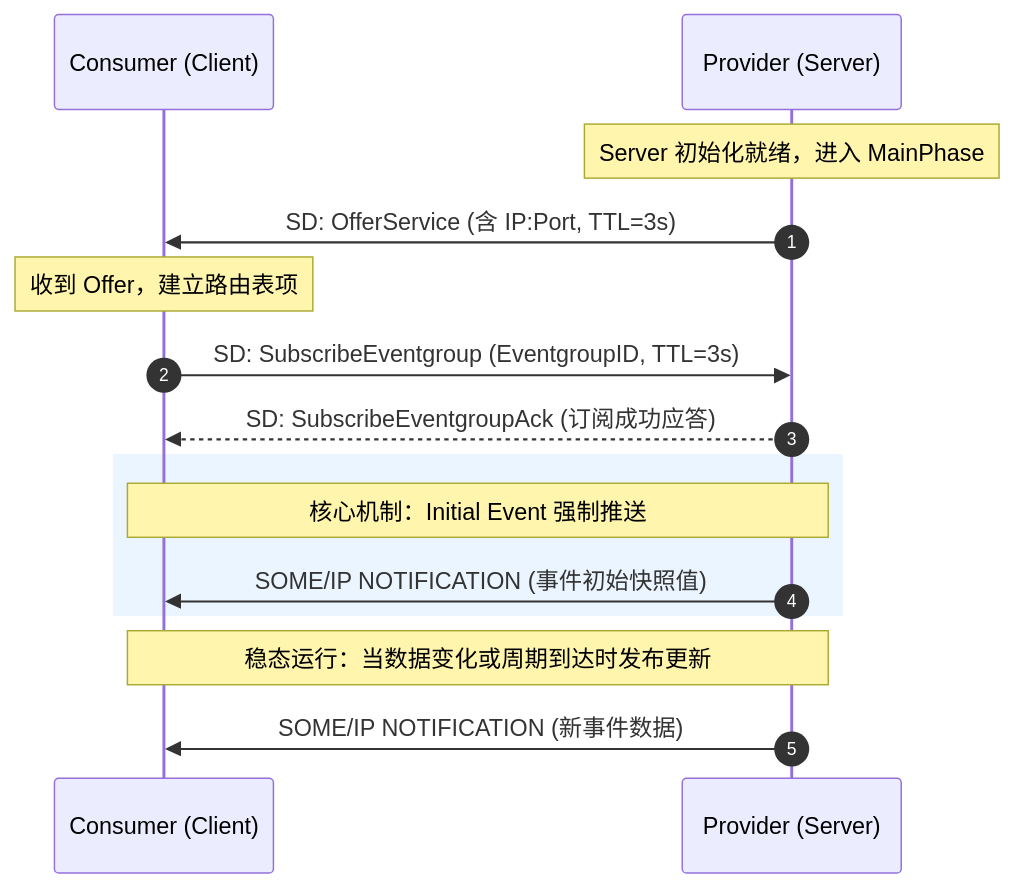
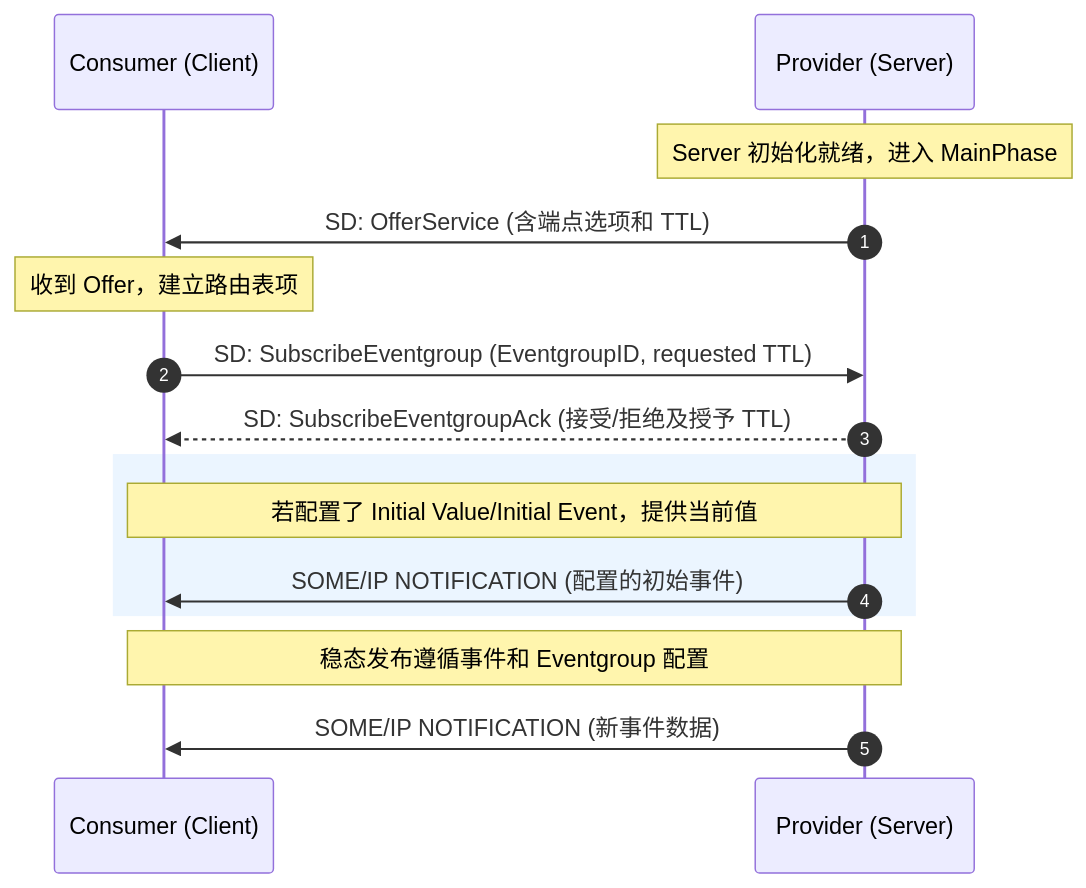
Before and after one commit to leehyon/garden: the second of 3 diagrams in content/autosar/someip-dds.md, drawn with Mermaid. The commit also changed other lines of this file and 76 other files, not shown here.

````diff
--- a/content/autosar/someip-dds.md
+++ b/content/autosar/someip-dds.md
@@ -122,18 +129,18 @@
 ```mermaid
 sequenceDiagram
     autonumber
     participant Client as Consumer (Client)
     participant Server as Provider (Server)
 
     Note over Server: Server 初始化就绪，进入 MainPhase
-    Server->>Client: SD: OfferService (含 IP:Port, TTL=3s)
+    Server->>Client: SD: OfferService (含端点选项和 TTL)
     Note over Client: 收到 Offer，建立路由表项
-    Client->>Server: SD: SubscribeEventgroup (EventgroupID, TTL=3s)
-    Server-->>Client: SD: SubscribeEventgroupAck (订阅成功应答)
+    Client->>Server: SD: SubscribeEventgroup (EventgroupID, requested TTL)
+    Server-->>Client: SD: SubscribeEventgroupAck (接受/拒绝及授予 TTL)
     rect rgb(235, 245, 255)
-    Note over Server,Client: 核心机制：Initial Event 强制推送
-    Server->>Client: SOME/IP NOTIFICATION (事件初始快照值)
+    Note over Server,Client: 若配置了 Initial Value/Initial Event，提供当前值
+    Server->>Client: SOME/IP NOTIFICATION (配置的初始事件)
     end
-    Note over Server,Client: 稳态运行：当数据变化或周期到达时发布更新
+    Note over Server,Client: 稳态发布遵循事件和 Eventgroup 配置
     Server->>Client: SOME/IP NOTIFICATION (新事件数据)
 ```
````
